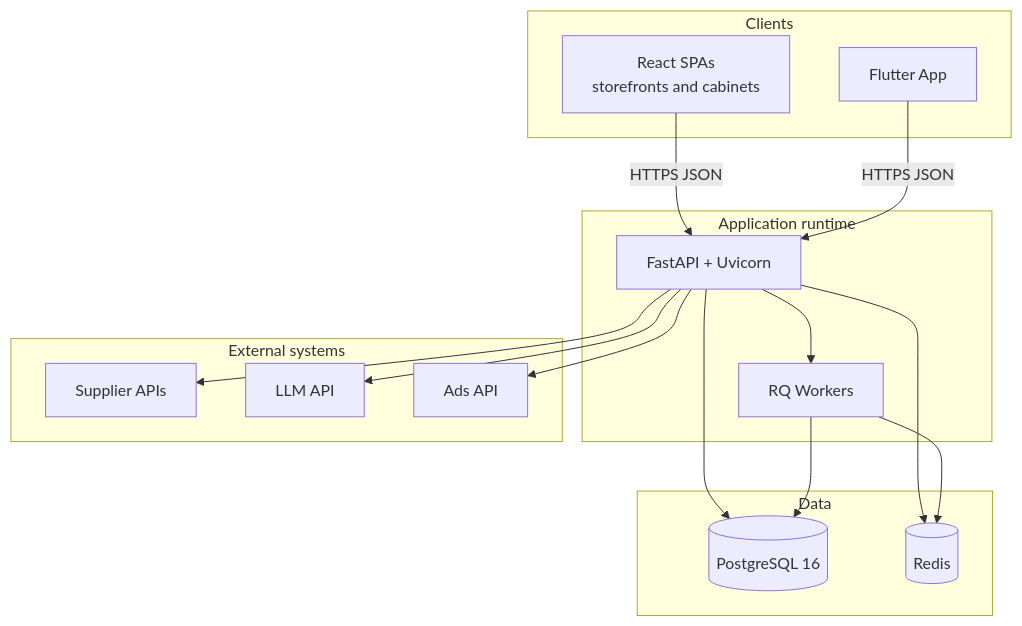
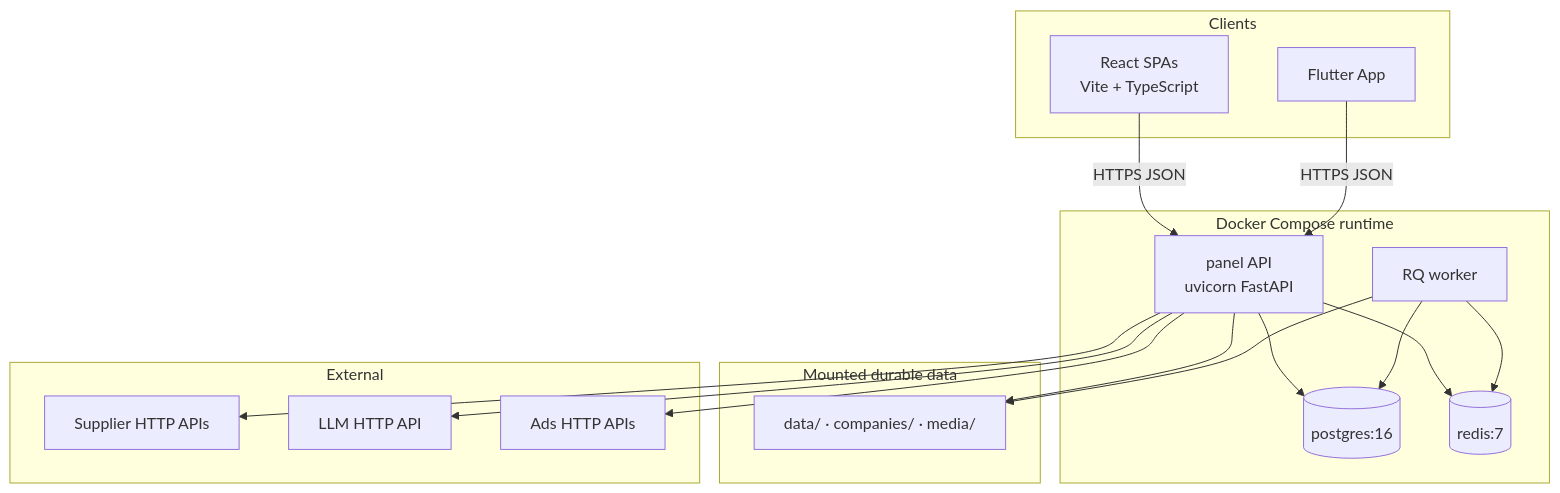
Before and after one commit to JuliShestakova/movacore-portfolio: the diagram in architecture/container-diagram.mmd, drawn with Mermaid. The commit also changed 14 other files, not shown here.

Commit message:
feat: expand MovaCore engineering portfolio

```diff
--- a/architecture/container-diagram.mmd
+++ b/architecture/container-diagram.mmd
@@ -1,32 +1,35 @@
+%% MovaCore — containers (Compose-shaped, hosts omitted)
 flowchart TB
   subgraph Clients
-    WEB[React SPAs<br/>storefronts and cabinets]
-    MOB[Flutter App]
+    WEB["React SPAs<br/>Vite + TypeScript"]
+    MOB["Flutter App"]
   end
 
-  subgraph Runtime["Application runtime"]
-    API[FastAPI + Uvicorn]
-    W[RQ Workers]
+  subgraph Compose["Docker Compose runtime"]
+    API["panel API<br/>uvicorn FastAPI"]
+    W["RQ worker"]
+    PG[("postgres:16")]
+    RD[("redis:7")]
   end
 
-  subgraph Data
-    PG[(PostgreSQL 16)]
-    RD[(Redis)]
+  subgraph HostData["Mounted durable data"]
+    DATA["data/ · companies/ · media/"]
   end
 
-  subgraph Ext[External systems]
-    SUP[Supplier APIs]
-    LLM[LLM API]
-    ADS[Ads API]
+  subgraph Ext["External"]
+    SUP["Supplier HTTP APIs"]
+    LLM["LLM HTTP API"]
+    ADS["Ads HTTP APIs"]
   end
 
   WEB -->|HTTPS JSON| API
   MOB -->|HTTPS JSON| API
   API --> PG
   API --> RD
-  API --> W
+  API --> DATA
   W --> RD
   W --> PG
+  W --> DATA
   API --> SUP
   API --> LLM
   API --> ADS
```
